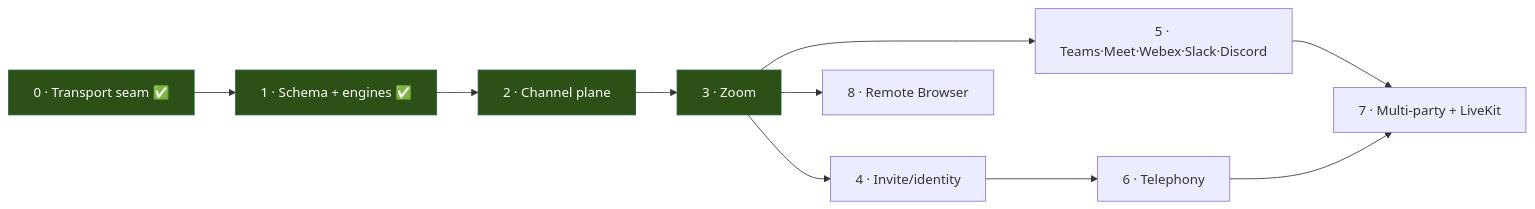
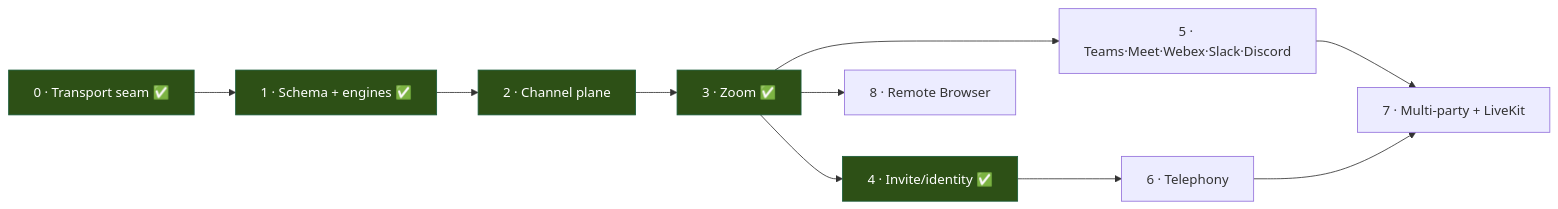
Before and after one commit to MemberJunction/MJ: the sixth of 6 diagrams in guides/REALTIME_BRIDGES_GUIDE.md, drawn with Mermaid. The commit also changed other lines of this file and 30 other files, not shown here.

````diff
--- a/guides/REALTIME_BRIDGES_GUIDE.md
+++ b/guides/REALTIME_BRIDGES_GUIDE.md
@@ -712,17 +772,18 @@
 ```mermaid
 graph LR
     P0["0 · Transport seam ✅"] --> P1["1 · Schema + engines ✅"]
     P1 --> P2["2 · Channel plane"]
-    P2 --> P3["3 · Zoom"]
-    P3 --> P4["4 · Invite/identity"]
+    P2 --> P3["3 · Zoom ✅"]
+    P3 --> P4["4 · Invite/identity ✅"]
     P3 --> P5["5 · Teams·Meet·Webex·Slack·Discord"]
     P4 --> P6["6 · Telephony"]
     P5 --> P7["7 · Multi-party + LiveKit"]
     P6 --> P7
     P3 --> P8["8 · Remote Browser"]
 
     style P0 fill:#2d5016,stroke:#1a5c3a,color:#fff
     style P1 fill:#2d5016,stroke:#1a5c3a,color:#fff
     style P2 fill:#2d5016,stroke:#1a5c3a,color:#fff
     style P3 fill:#2d5016,stroke:#1a5c3a,color:#fff
+    style P4 fill:#2d5016,stroke:#1a5c3a,color:#fff
 ```
````
